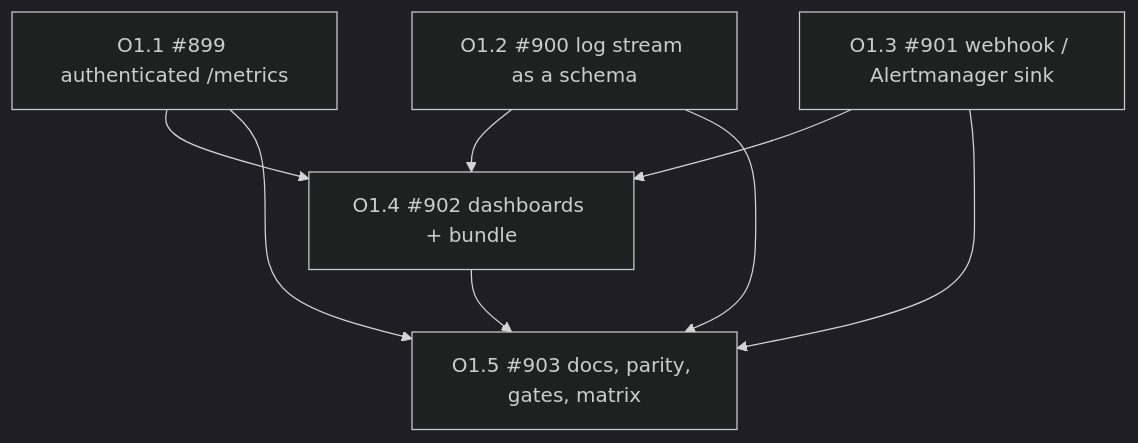
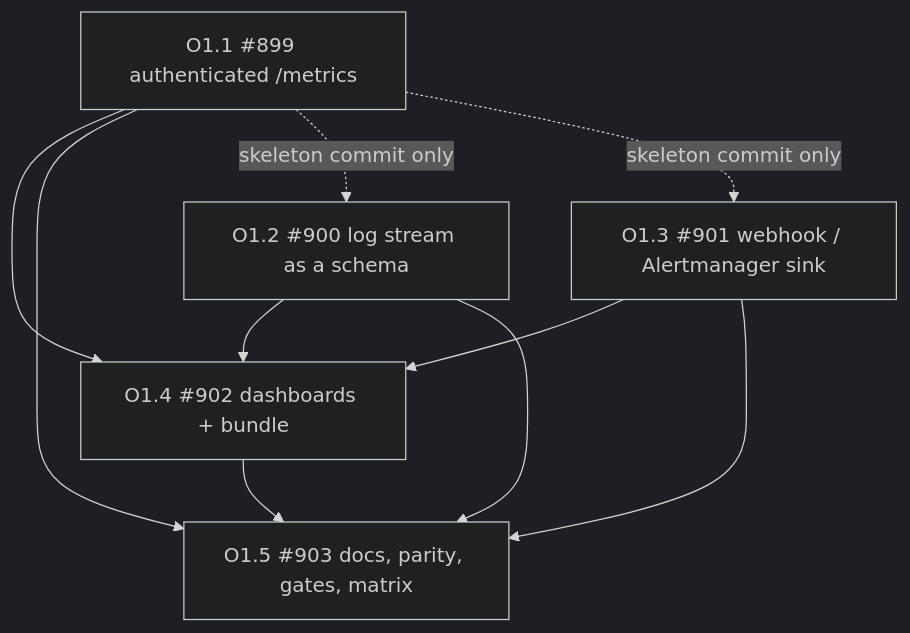
One commit to retnd/retnd changed the diagram in docs/EPIC-O-observability-integrations.md. Above: the diagram before and after it, drawn with Mermaid (dark theme). The commit also changed other lines of this file and 2 other files, not shown here.

````diff
--- a/docs/EPIC-O-observability-integrations.md
+++ b/docs/EPIC-O-observability-integrations.md
@@ -328,15 +330,17 @@
 ```mermaid
 graph TD
   A["O1.1 #899 authenticated /metrics"]
   B["O1.2 #900 log stream as a schema"]
   C["O1.3 #901 webhook / Alertmanager sink"]
   D["O1.4 #902 dashboards + bundle"]
   E["O1.5 #903 docs, parity, gates, matrix"]
   A --> D
   B --> D
   C --> D
   A --> E
   B --> E
   C --> E
   D --> E
+  A -.->|skeleton commit only| B
+  A -.->|skeleton commit only| C
 ```
````
